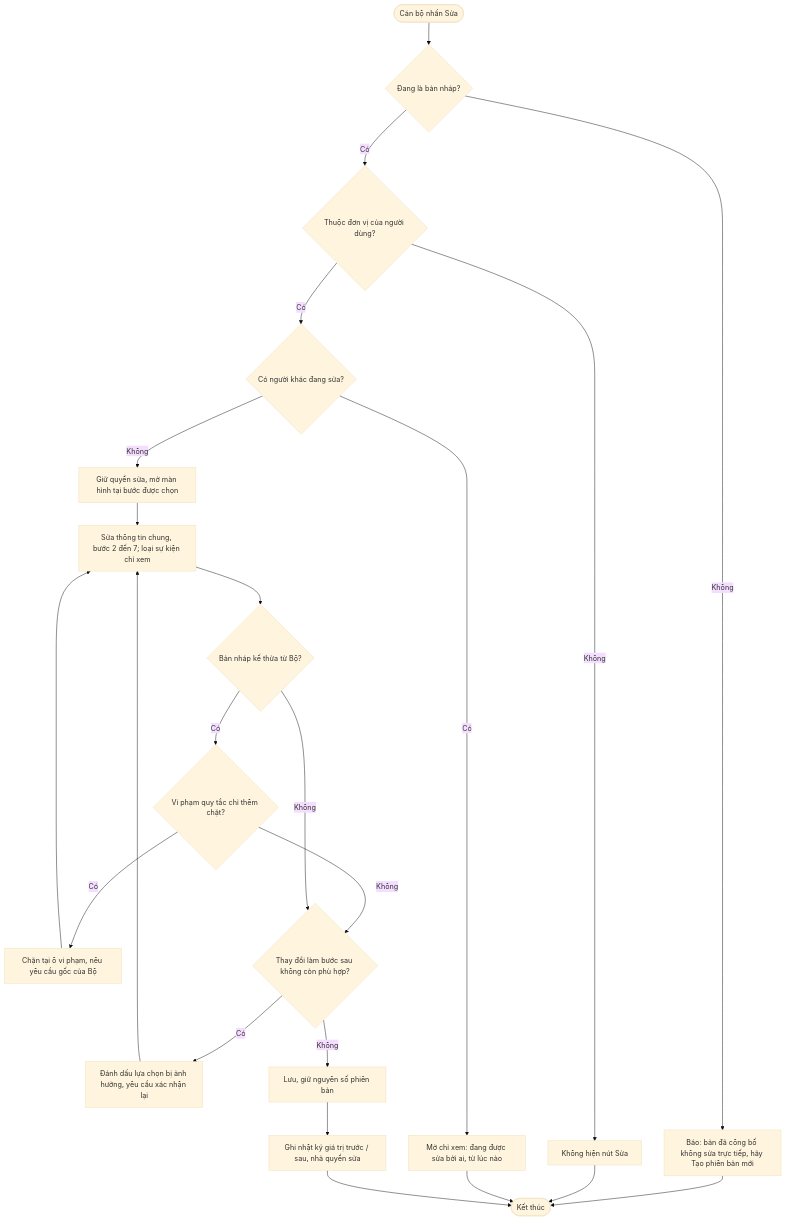
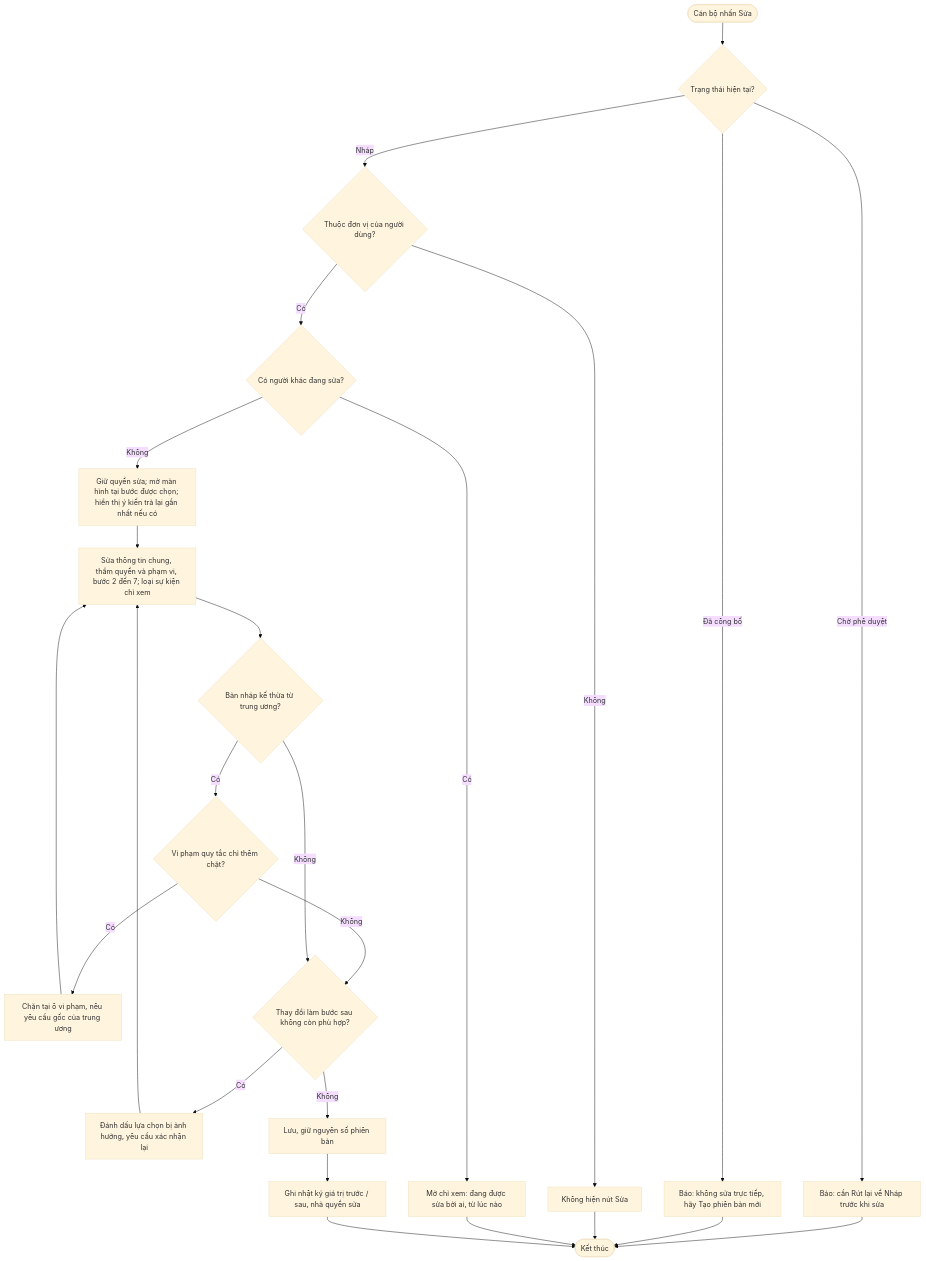
One commit to cuongnh-rd/ndatrace-attp changed the seventh of 17 diagrams in docs/prd/PRD-Xay-dung-Su-kien-trong-yeu.md. Above: the diagram before and after it, drawn with Mermaid (base theme). The commit also changed other lines of this file and 18 other files, not shown here.

First line of the commit message:
docs: PRD Xây dựng Sự kiện trọng yếu v6 - đối chiếu Quyển 2/3, bổ sung phê duyệt, quy tắc viết đầy đủ

````diff
--- a/docs/prd/PRD-Xay-dung-Su-kien-trong-yeu.md
+++ b/docs/prd/PRD-Xay-dung-Su-kien-trong-yeu.md
@@ -331,19 +719,20 @@
 ```mermaid
 flowchart TD
-    A([Cán bộ nhấn Sửa]) --> B{Đang là bản nháp?}
-    B -- Không --> X1[Báo: bản đã công bố không sửa trực tiếp, hãy Tạo phiên bản mới] --> Z([Kết thúc])
-    B -- Có --> C{Thuộc đơn vị của người dùng?}
+    A([Cán bộ nhấn Sửa]) --> B{Trạng thái hiện tại?}
+    B -- Chờ phê duyệt --> X0[Báo: cần Rút lại về Nháp trước khi sửa] --> Z([Kết thúc])
+    B -- Đã công bố --> X1[Báo: không sửa trực tiếp, hãy Tạo phiên bản mới] --> Z
+    B -- Nháp --> C{Thuộc đơn vị của người dùng?}
     C -- Không --> X2[Không hiện nút Sửa] --> Z
     C -- Có --> D{Có người khác đang sửa?}
     D -- Có --> X3[Mở chỉ xem: đang được sửa bởi ai, từ lúc nào] --> Z
-    D -- Không --> E[Giữ quyền sửa, mở màn hình tại bước được chọn]
-    E --> F[Sửa thông tin chung, bước 2 đến 7; loại sự kiện chỉ xem]
-    F --> G{Bản nháp kế thừa từ Bộ?}
+    D -- Không --> E[Giữ quyền sửa; mở màn hình tại bước được chọn; hiển thị ý kiến trả lại gần nhất nếu có]
+    E --> F[Sửa thông tin chung, thẩm quyền và phạm vi, bước 2 đến 7; loại sự kiện chỉ xem]
+    F --> G{Bản nháp kế thừa từ trung ương?}
     G -- Có --> H{Vi phạm quy tắc chỉ thêm chặt?}
-    H -- Có --> X4[Chặn tại ô vi phạm, nêu yêu cầu gốc của Bộ] --> F
+    H -- Có --> X4[Chặn tại ô vi phạm, nêu yêu cầu gốc của trung ương] --> F
     H -- Không --> I
     G -- Không --> I{Thay đổi làm bước sau không còn phù hợp?}
     I -- Có --> J[Đánh dấu lựa chọn bị ảnh hưởng, yêu cầu xác nhận lại] --> F
     I -- Không --> K[Lưu, giữ nguyên số phiên bản]
     K --> L[Ghi nhật ký giá trị trước / sau, nhả quyền sửa] --> Z
 ```
````
